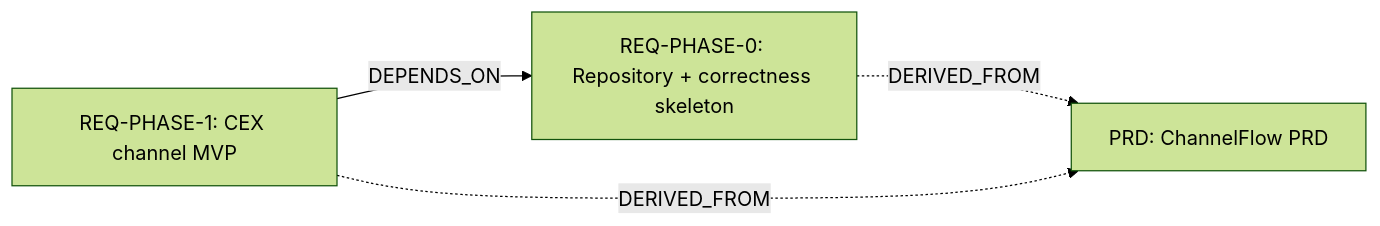
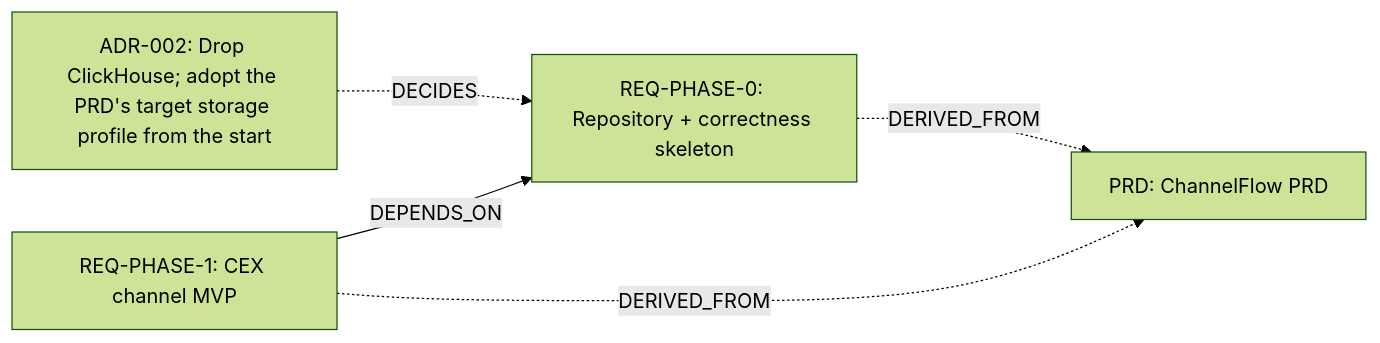
The second of 12 diagrams in vault/00-index/Traceability Dashboard.md (nikshev/market-forge), drawn with Mermaid (forest theme) before and after one commit. The commit also changed other lines of this file and 2 other files, not shown here.

First line of the commit message:
ADR-002: drop ClickHouse, adopt the target storage profile from the start

````diff
--- a/vault/00-index/Traceability Dashboard.md
+++ b/vault/00-index/Traceability Dashboard.md
@@ -272,9 +275,11 @@
 ```mermaid
 graph LR
+  ADR_002["ADR-002: Drop ClickHouse; adopt the PRD's target storage profile from the start"]
   PRD["PRD: ChannelFlow PRD"]
   REQ_PHASE_0["REQ-PHASE-0: Repository + correctness skeleton"]
   REQ_PHASE_1["REQ-PHASE-1: CEX channel MVP"]
+  ADR_002 -.->|DECIDES| REQ_PHASE_0
   REQ_PHASE_1 -->|DEPENDS_ON| REQ_PHASE_0
   REQ_PHASE_0 -.->|DERIVED_FROM| PRD
   REQ_PHASE_1 -.->|DERIVED_FROM| PRD
 ```
````
